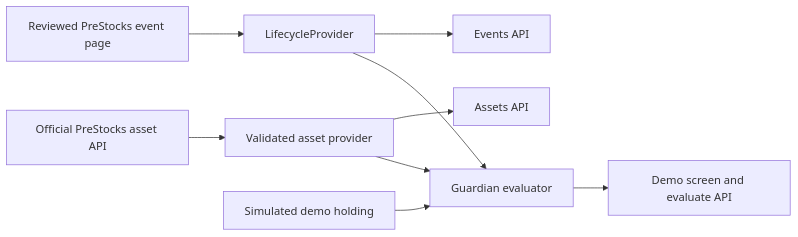
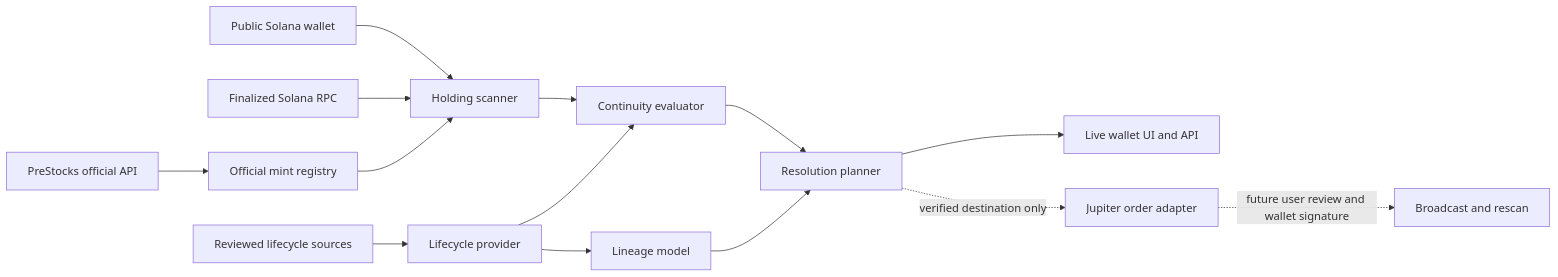
Before and after one commit to abhigyan1102/PreStocks: the diagram in README.md, drawn with Mermaid. The commit also changed other lines of this file, not shown here.

Commit message:
docs: describe Continuity flow and proof limits

````diff
--- a/README.md
+++ b/README.md
@@ -47,11 +62,16 @@
 ```mermaid
 flowchart LR
-  A[Official PreStocks asset API] --> B[Validated asset provider]
-  C[Reviewed PreStocks event page] --> D[LifecycleProvider]
-  B --> E[Guardian evaluator]
-  D --> E
-  F[Simulated demo holding] --> E
-  E --> G[Demo screen and evaluate API]
-  B --> H[Assets API]
-  D --> I[Events API]
+  A[PreStocks official API] --> B[Official mint registry]
+  C[Reviewed lifecycle sources] --> D[Lifecycle provider]
+  D --> E[Lineage model]
+  F[Public Solana wallet] --> G[Holding scanner]
+  H[Finalized Solana RPC] --> G
+  B --> G
+  G --> I[Continuity evaluator]
+  D --> I
+  I --> J[Resolution planner]
+  E --> J
+  J --> K[Live wallet UI and API]
+  J -. verified destination only .-> L[Jupiter order adapter]
+  L -. future user review and wallet signature .-> M[Broadcast and rescan]
 ```
````
